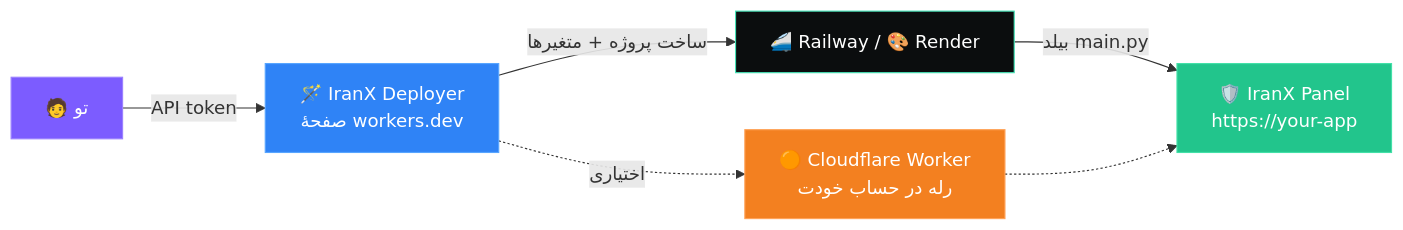
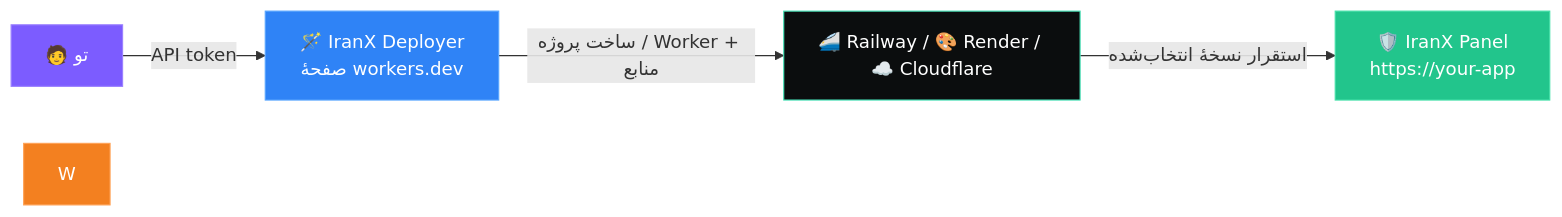
Before and after one commit to BeeEhsas/IranXPanel: the first of 2 diagrams in README-fa.md, drawn with Mermaid. The commit also changed other lines of this file and 3 other files, not shown here.

````diff
--- a/README-fa.md
+++ b/README-fa.md
@@ -78,14 +78,12 @@
 ```mermaid
 flowchart LR
     U["🧑 تو"] -->|"API token"| D["🪄 IranX Deployer<br/>صفحهٔ workers.dev"]
-    D -->|"ساخت پروژه + متغیرها"| H["🚄 Railway / 🎨 Render"]
-    H -->|"بیلد main.py"| P["🛡️ IranX Panel<br/>https://your-app"]
-    D -.->|"اختیاری"| W["🟠 Cloudflare Worker<br/>رله در حساب خودت"]
-    W -.-> P
+    D -->|"ساخت پروژه / Worker + منابع"| H["🚄 Railway / 🎨 Render / ☁️ Cloudflare"]
+    H -->|"استقرار نسخهٔ انتخاب‌شده"| P["🛡️ IranX Panel<br/>https://your-app"]
 
     style U fill:#7C5CFF,stroke:#9B81FF,color:#fff
     style D fill:#2F83F6,stroke:#57A5FF,color:#fff
     style H fill:#0B0D0E,stroke:#46E3B7,color:#fff
     style P fill:#22c58c,stroke:#43E0A8,color:#fff
     style W fill:#F38020,stroke:#FFA257,color:#fff
 ```
````
